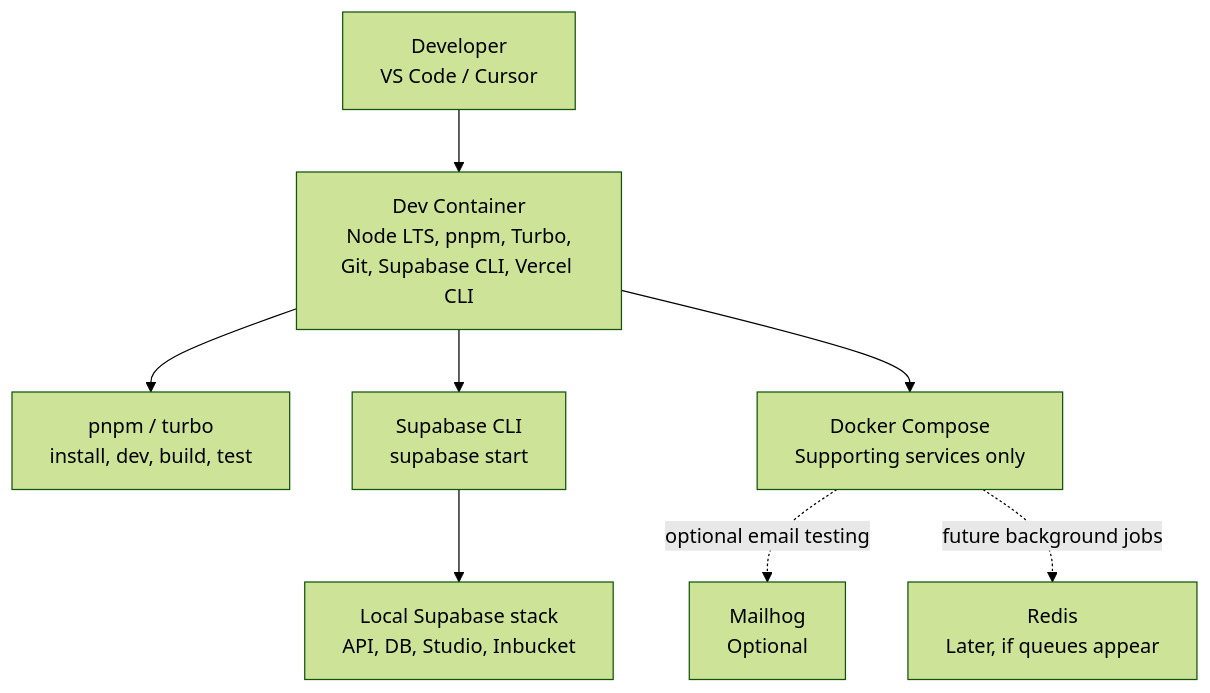
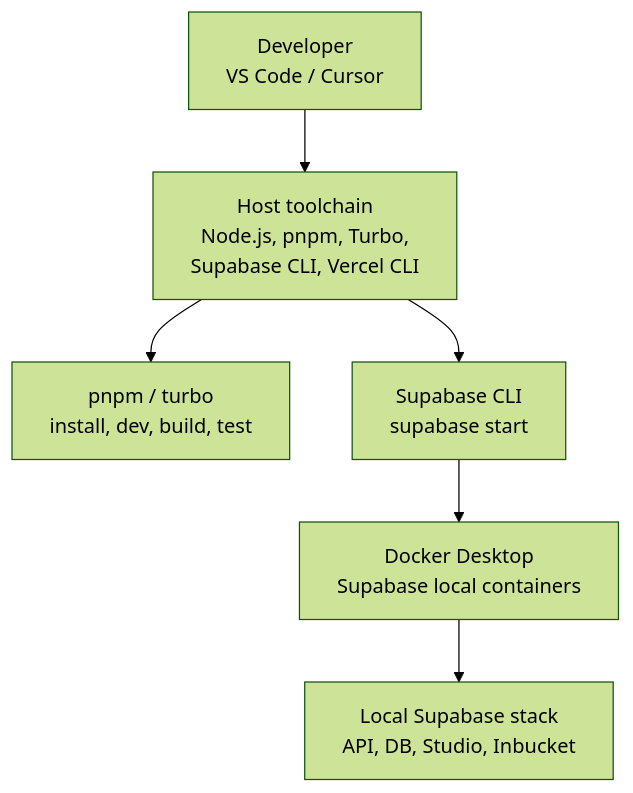
One commit to maciejgos/caniello changed the fourth of 5 diagrams in spec/architecture/mvp-target-architecture.md. Above: the diagram before and after it, drawn with Mermaid (forest theme). The commit also changed other lines of this file and 62 other files, not shown here.

````diff
--- a/spec/architecture/mvp-target-architecture.md
+++ b/spec/architecture/mvp-target-architecture.md
@@ -182,19 +182,15 @@
 ```mermaid
 flowchart TB
   dev["Developer\nVS Code / Cursor"]
-  container["Dev Container\nNode LTS, pnpm, Turbo,\nGit, Supabase CLI, Vercel CLI"]
+  host["Host toolchain\nNode.js, pnpm, Turbo,\nSupabase CLI, Vercel CLI"]
   commands["pnpm / turbo\ninstall, dev, build, test"]
-  compose["Docker Compose\nSupporting services only"]
   supabaseCli["Supabase CLI\nsupabase start"]
   localSupabase["Local Supabase stack\nAPI, DB, Studio, Inbucket"]
-  mailhog["Mailhog\nOptional"]
-  redis["Redis\nLater, if queues appear"]
+  docker["Docker Desktop\nSupabase local containers"]
 
-  dev --> container
-  container --> commands
-  container --> supabaseCli
-  container --> compose
-  supabaseCli --> localSupabase
-  compose -.->|"optional email testing"| mailhog
-  compose -.->|"future background jobs"| redis
+  dev --> host
+  host --> commands
+  host --> supabaseCli
+  supabaseCli --> docker
+  docker --> localSupabase
 ```
````
